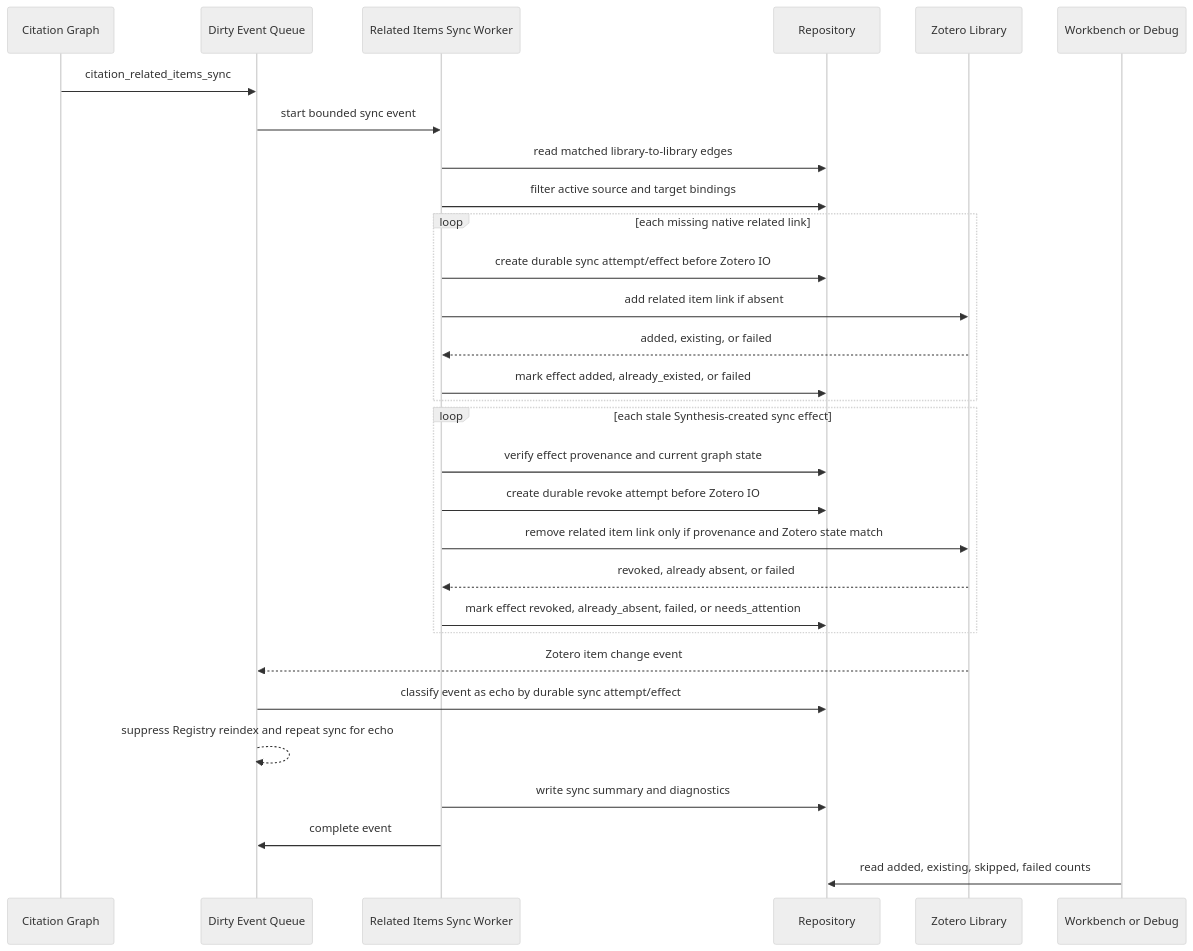
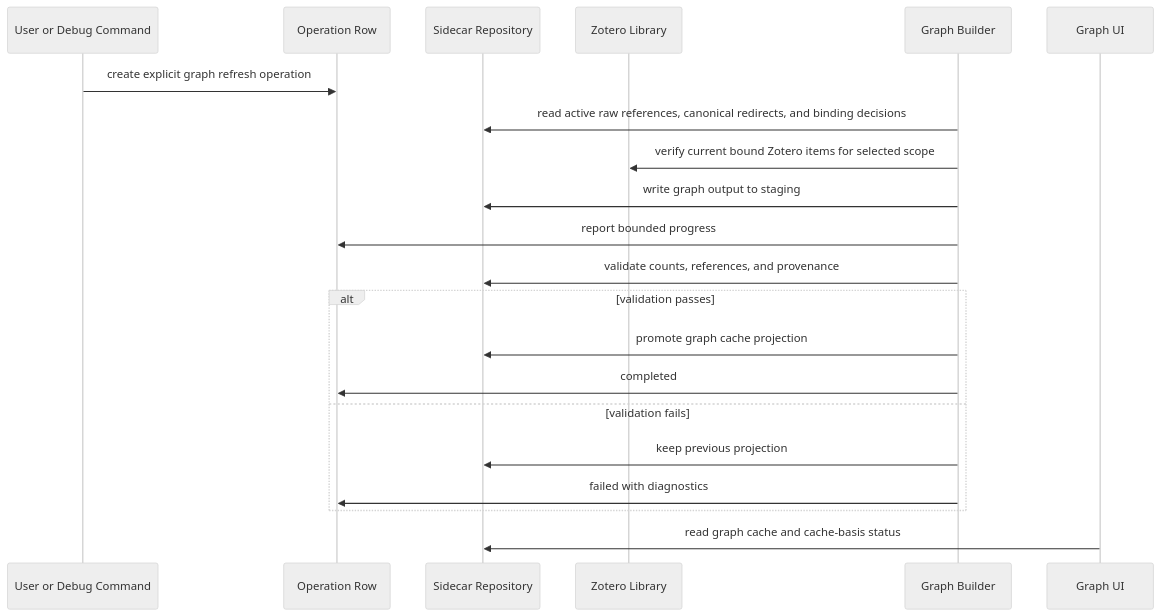
Before and after one commit to leike0813/zotero-agents: the fifth of 8 diagrams in doc/synthesis-layer/sequences.md, drawn with Mermaid (neutral theme). The commit also changed other lines of this file and 267 other files, not shown here.

````diff
--- a/doc/synthesis-layer/sequences.md
+++ b/doc/synthesis-layer/sequences.md
@@ -174,33 +139,24 @@
 ```mermaid
 sequenceDiagram
-  participant G as Citation Graph
-  participant Q as Dirty Event Queue
-  participant W as Related Items Sync Worker
-  participant R as Repository
+  participant U as User or Debug Command
+  participant O as Operation Row
+  participant S as Sidecar Repository
   participant Z as Zotero Library
-  participant UI as Workbench or Debug
+  participant G as Graph Builder
+  participant UI as Graph UI
 
-  G->>Q: citation_related_items_sync
-  Q->>W: start bounded sync event
-  W->>R: read matched library-to-library edges
-  W->>R: filter active source and target bindings
-  loop each missing native related link
-    W->>R: create durable sync attempt/effect before Zotero IO
-    W->>Z: add related item link if absent
-    Z-->>W: added, existing, or failed
-    W->>R: mark effect added, already_existed, or failed
+  U->>O: create explicit graph refresh operation
+  G->>S: read active raw references, canonical redirects, and binding decisions
+  G->>Z: verify current bound Zotero items for selected scope
+  G->>S: write graph output to staging
+  G->>O: report bounded progress
+  G->>S: validate counts, references, and provenance
+  alt validation passes
+    G->>S: promote graph cache projection
+    G->>O: completed
+  else validation fails
+    G->>S: keep previous projection
+    G->>O: failed with diagnostics
   end
-  loop each stale Synthesis-created sync effect
-    W->>R: verify effect provenance and current graph state
-    W->>R: create durable revoke attempt before Zotero IO
-    W->>Z: remove related item link only if provenance and Zotero state match
-    Z-->>W: revoked, already absent, or failed
-    W->>R: mark effect revoked, already_absent, failed, or needs_attention
-  end
-  Z-->>Q: Zotero item change event
-  Q->>R: classify event as echo by durable sync attempt/effect
-  Q-->>Q: suppress Registry reindex and repeat sync for echo
-  W->>R: write sync summary and diagnostics
-  W->>Q: complete event
-  UI->>R: read added, existing, skipped, failed counts
+  UI->>S: read graph cache and cache-basis status
 ```
````
